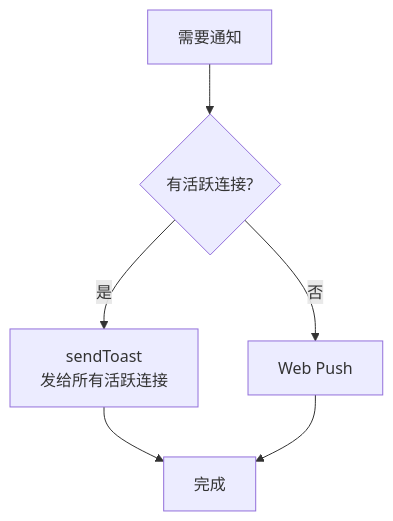
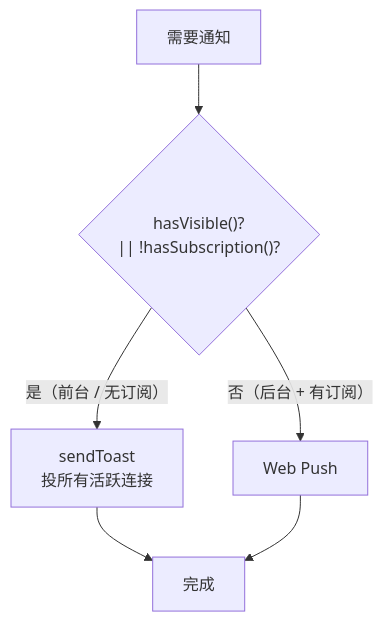
Before and after one commit to ModuBit/mobi: the second of 4 diagrams in docs/architecture/hub/sse/README.md, drawn with Mermaid. The commit also changed other lines of this file and 5 other files, not shown here.

````diff
--- a/docs/architecture/hub/sse/README.md
+++ b/docs/architecture/hub/sse/README.md
@@ -53,14 +54,14 @@
 ```mermaid
 flowchart TB
     need[需要通知]
-    active{有活跃连接?}
-    toast[sendToast<br/>发给所有活跃连接]
+    decide{"hasVisible()?<br/>|| !hasSubscription()?"}
+    toast[sendToast<br/>投所有活跃连接]
     push[Web Push]
     done[完成]
 
-    need --> active
-    active -->|是| toast
-    active -->|否| push
+    need --> decide
+    decide -->|"是（前台 / 无订阅）"| toast
+    decide -->|"否（后台 + 有订阅）"| push
     toast --> done
     push --> done
 ```
````
